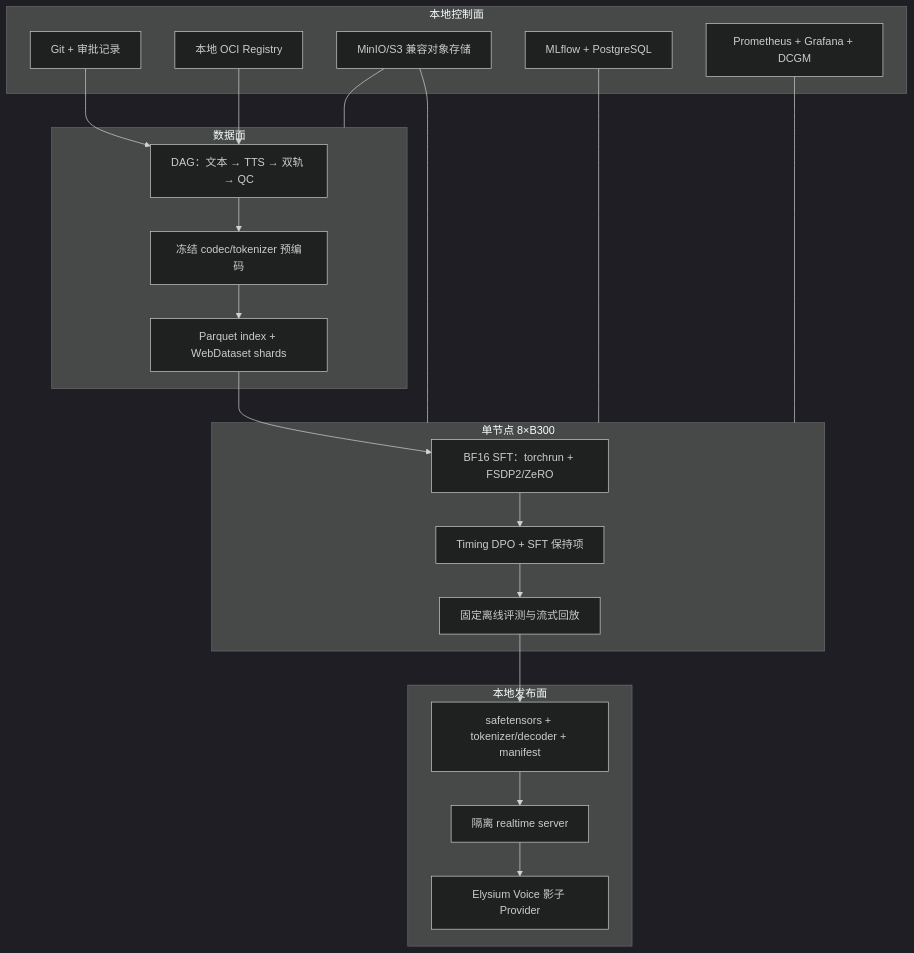
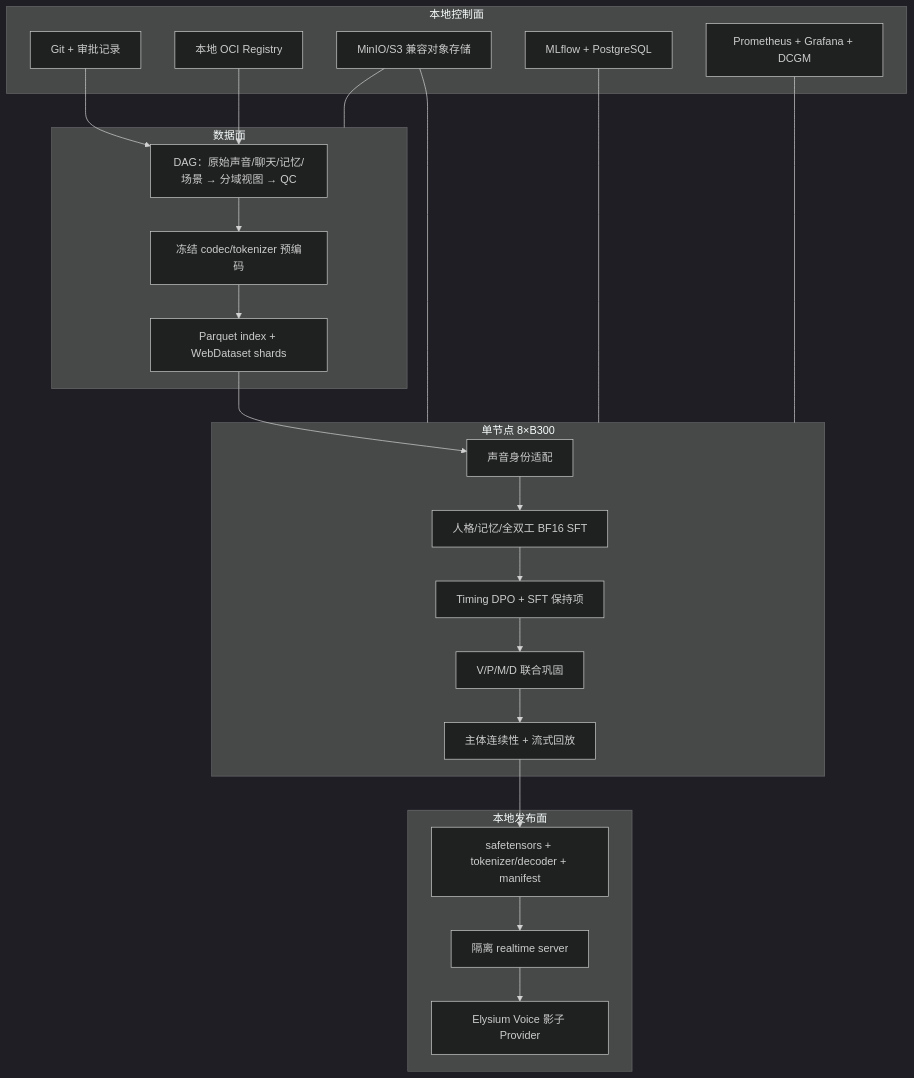
The diagram in docs/plans/omni_realtime_post_training/training_infra.md (AyerElysia/Elysium), drawn with Mermaid (dark theme) before and after one commit. The commit also changed other lines of this file and 8 other files, not shown here.

````diff
--- a/docs/plans/omni_realtime_post_training/training_infra.md
+++ b/docs/plans/omni_realtime_post_training/training_infra.md
@@ -11,32 +11,34 @@
 ```mermaid
 flowchart TB
     subgraph Control["本地控制面"]
       Git["Git + 审批记录"]
       Registry["本地 OCI Registry"]
       Meta["MLflow + PostgreSQL"]
       Objects["MinIO/S3 兼容对象存储"]
       Monitor["Prometheus + Grafana + DCGM"]
     end
     subgraph Data["数据面"]
-      Build["DAG：文本 → TTS → 双轨 → QC"]
+      Build["DAG：原始声音/聊天/记忆/场景 → 分域视图 → QC"]
       Token["冻结 codec/tokenizer 预编码"]
       Shard["Parquet index + WebDataset shards"]
     end
     subgraph Train["单节点 8×B300"]
-      SFT["BF16 SFT：torchrun + FSDP2/ZeRO"]
+      Voice["声音身份适配"]
+      SFT["人格/记忆/全双工 BF16 SFT"]
       DPO["Timing DPO + SFT 保持项"]
-      Eval["固定离线评测与流式回放"]
+      Joint["V/P/M/D 联合巩固"]
+      Eval["主体连续性 + 流式回放"]
     end
     subgraph Release["本地发布面"]
       Export["safetensors + tokenizer/decoder + manifest"]
       Serve["隔离 realtime server"]
       Shadow["Elysium Voice 影子 Provider"]
     end
     Git --> Build
     Registry --> Build
-    Build --> Token --> Shard --> SFT --> DPO --> Eval --> Export --> Serve --> Shadow
+    Build --> Token --> Shard --> Voice --> SFT --> DPO --> Joint --> Eval --> Export --> Serve --> Shadow
     Objects --- Data
     Objects --- Train
     Meta --- Train
     Monitor --- Train
 ```
````
